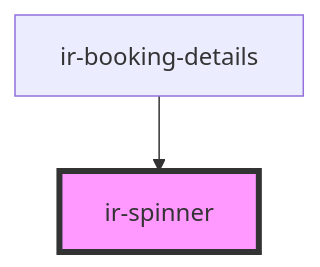
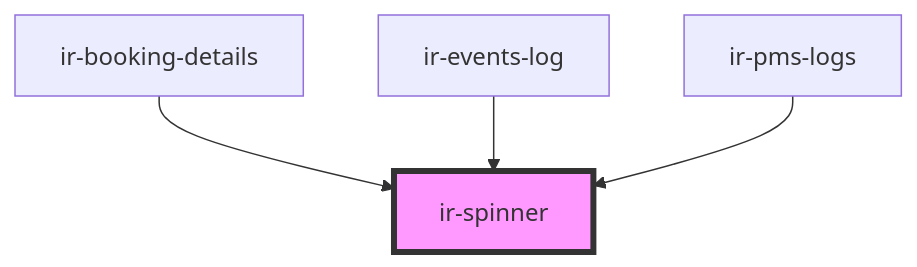
Before and after one commit to RonyRizk/ir-webcmp: the diagram in src/components/ui/ir-spinner/readme.md, drawn with Mermaid. The commit also changed other lines of this file and 88 other files, not shown here.

````diff
--- a/src/components/ui/ir-spinner/readme.md
+++ b/src/components/ui/ir-spinner/readme.md
@@ -25,5 +27,7 @@
 ```mermaid
 graph TD;
   ir-booking-details --> ir-spinner
+  ir-events-log --> ir-spinner
+  ir-pms-logs --> ir-spinner
   style ir-spinner fill:#f9f,stroke:#333,stroke-width:4px
 ```
````
